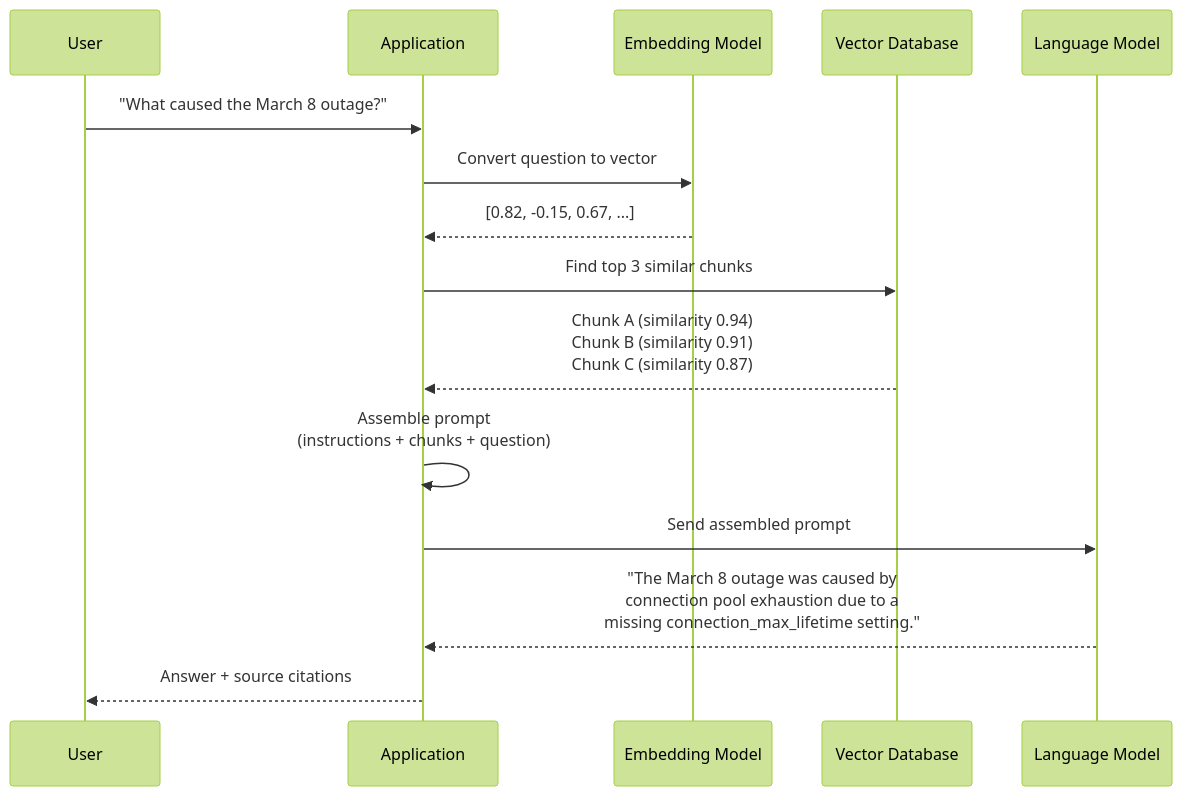
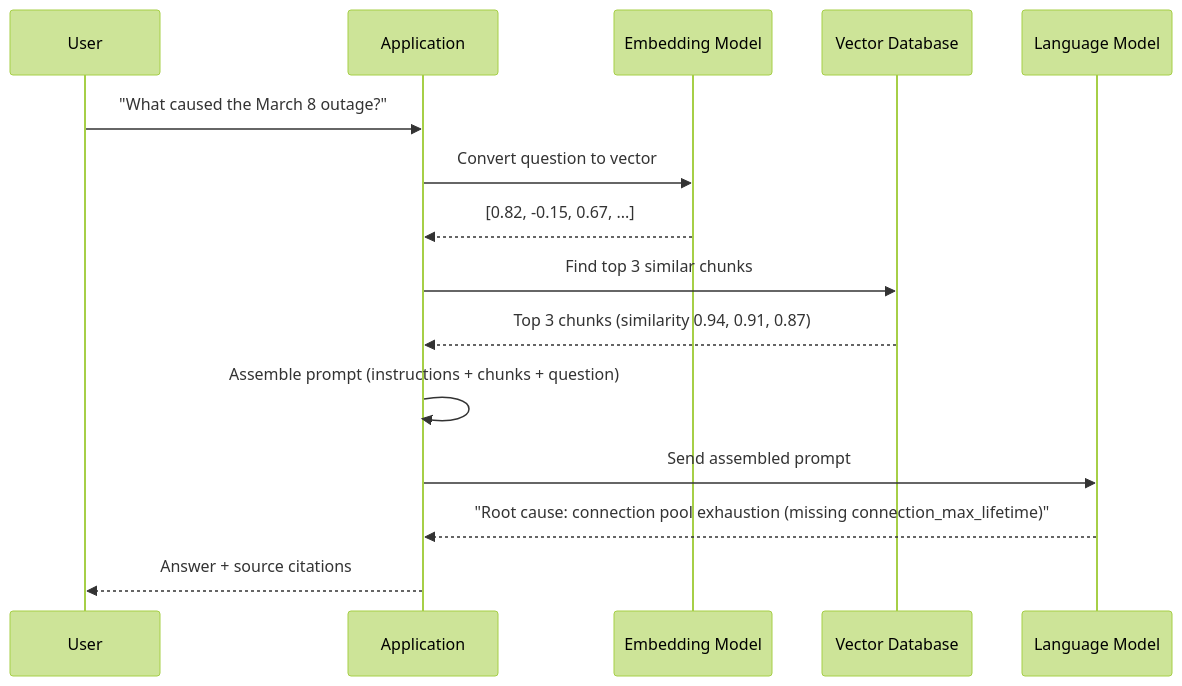
One commit to sunilmogadati/systems-in-production changed the second of 2 diagrams in playbooks/ai/rag/04_How_It_Works.md. Above: the diagram before and after it, drawn with Mermaid (forest theme). The commit also changed 1 other file, not shown here.

Commit message:
Fix Mermaid rendering in sequence diagrams — remove <br/> tags
<br/> works in flowchart node labels but breaks in sequenceDiagram
messages, participant labels, and Note blocks. Replaced with
condensed single-line text or separate Note statements.

Files: agents/04, rag/04, CSI architecture (2 diagrams).

````diff
--- a/playbooks/ai/rag/04_How_It_Works.md
+++ b/playbooks/ai/rag/04_How_It_Works.md
@@ -251,18 +251,18 @@
 ```mermaid
 sequenceDiagram
     participant U as User
     participant App as Application
     participant Emb as Embedding Model
     participant VDB as Vector Database
     participant LLM as Language Model
 
     U->>App: "What caused the March 8 outage?"
     App->>Emb: Convert question to vector
     Emb-->>App: [0.82, -0.15, 0.67, ...]
     App->>VDB: Find top 3 similar chunks
-    VDB-->>App: Chunk A (similarity 0.94)<br/>Chunk B (similarity 0.91)<br/>Chunk C (similarity 0.87)
-    App->>App: Assemble prompt<br/>(instructions + chunks + question)
+    VDB-->>App: Top 3 chunks (similarity 0.94, 0.91, 0.87)
+    App->>App: Assemble prompt (instructions + chunks + question)
     App->>LLM: Send assembled prompt
-    LLM-->>App: "The March 8 outage was caused by<br/>connection pool exhaustion due to a<br/>missing connection_max_lifetime setting."
+    LLM-->>App: "Root cause: connection pool exhaustion (missing connection_max_lifetime)"
     App-->>U: Answer + source citations
 ```
````
